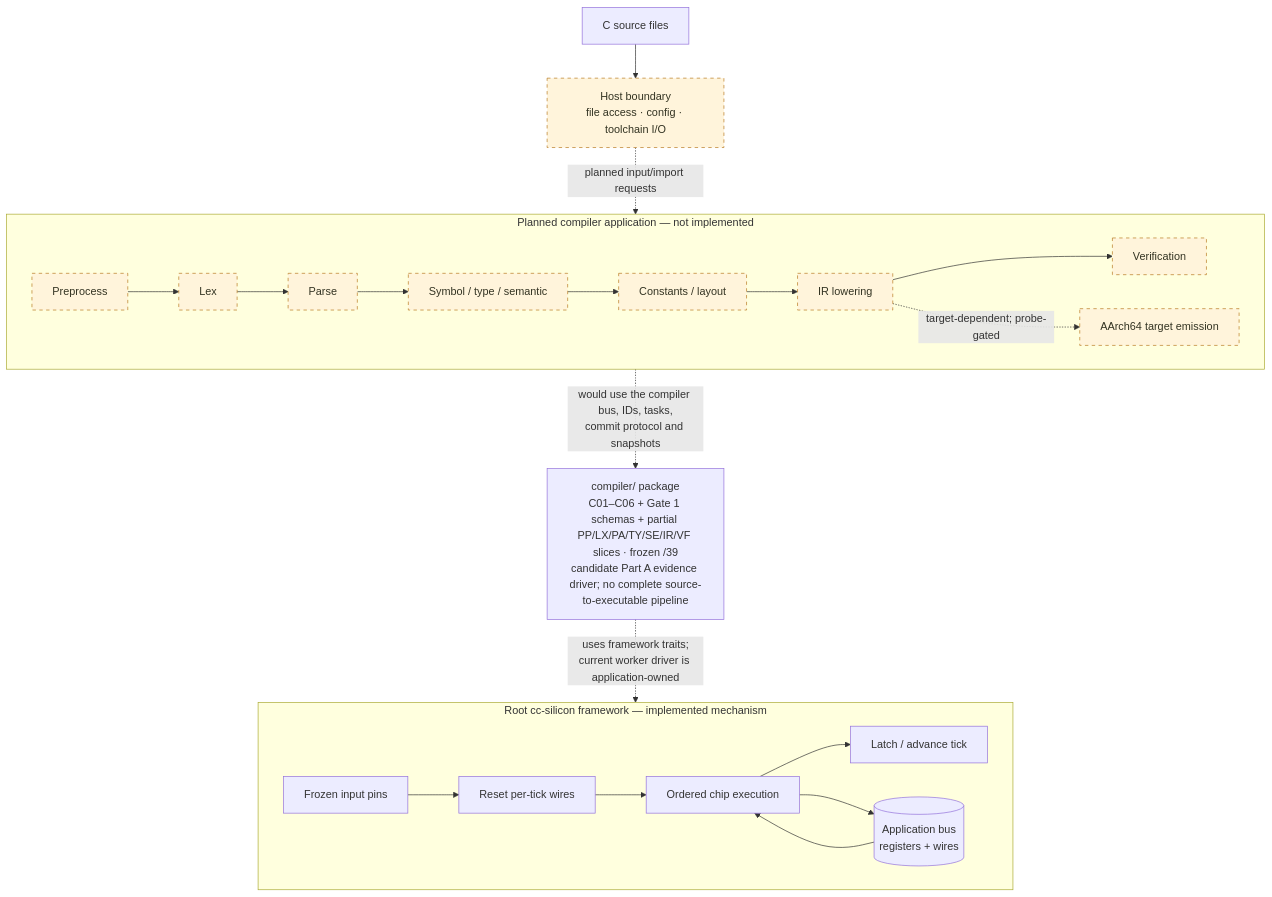
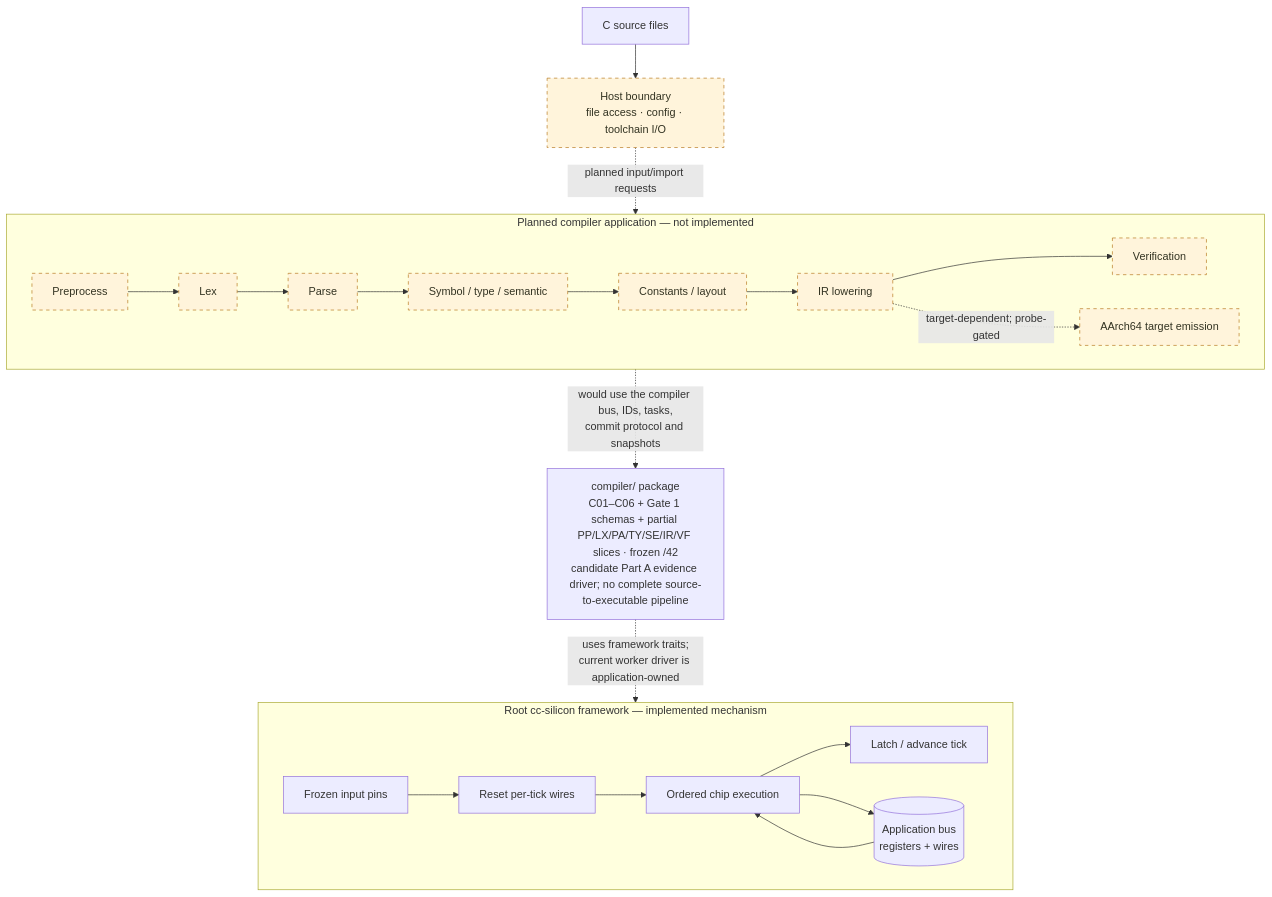
The first of 2 diagrams in README.md (immane/cc-silicon), drawn with Mermaid before and after one commit. The commit also changed other lines of this file and 8 other files, not shown here.

````diff
--- a/README.md
+++ b/README.md
@@ -132,28 +132,28 @@
 ```mermaid
 flowchart TB
     SRC["C source files"] --> HOST["Host boundary<br/>file access · config · toolchain I/O"]
     HOST -. "planned input/import requests" .-> PIPE
 
     subgraph PIPE["Planned compiler application — not implemented"]
         direction LR
         PP["Preprocess"] --> LEX["Lex"] --> PARSE["Parse"] --> SEM["Symbol / type / semantic"]
         SEM --> CONST["Constants / layout"] --> IR["IR lowering"] --> VERIFY["Verification"]
         IR -. "target-dependent; probe-gated" .-> TARGET["AArch64 target emission"]
     end
 
-    FOUNDATION["compiler/ package<br/>C01–C06 + Gate 1 schemas + partial PP/LX/PA/TY/SE/IR/VF slices · frozen /39<br/>candidate Part A evidence driver; no complete source-to-executable pipeline"]
+    FOUNDATION["compiler/ package<br/>C01–C06 + Gate 1 schemas + partial PP/LX/PA/TY/SE/IR/VF slices · frozen /42<br/>candidate Part A evidence driver; no complete source-to-executable pipeline"]
     PIPE -. "would use the compiler bus, IDs, tasks,<br/>commit protocol and snapshots" .-> FOUNDATION
 
     subgraph RUNTIME["Root cc-silicon framework — implemented mechanism"]
         direction LR
         PINS["Frozen input pins"] --> RESET["Reset per-tick wires"] --> CHIPS["Ordered chip execution"]
         CHIPS --> LATCH["Latch / advance tick"]
         BUS[("Application bus<br/>registers + wires")]
         BUS --> CHIPS
         CHIPS --> BUS
     end
     FOUNDATION -. "uses framework traits;<br/>current worker driver is application-owned" .-> RUNTIME
 
     classDef planned fill:#fff4db,stroke:#b7791f,stroke-dasharray:5 5,color:#332;
     class PP,LEX,PARSE,SEM,CONST,IR,VERIFY,TARGET,HOST planned;
 ```
````
